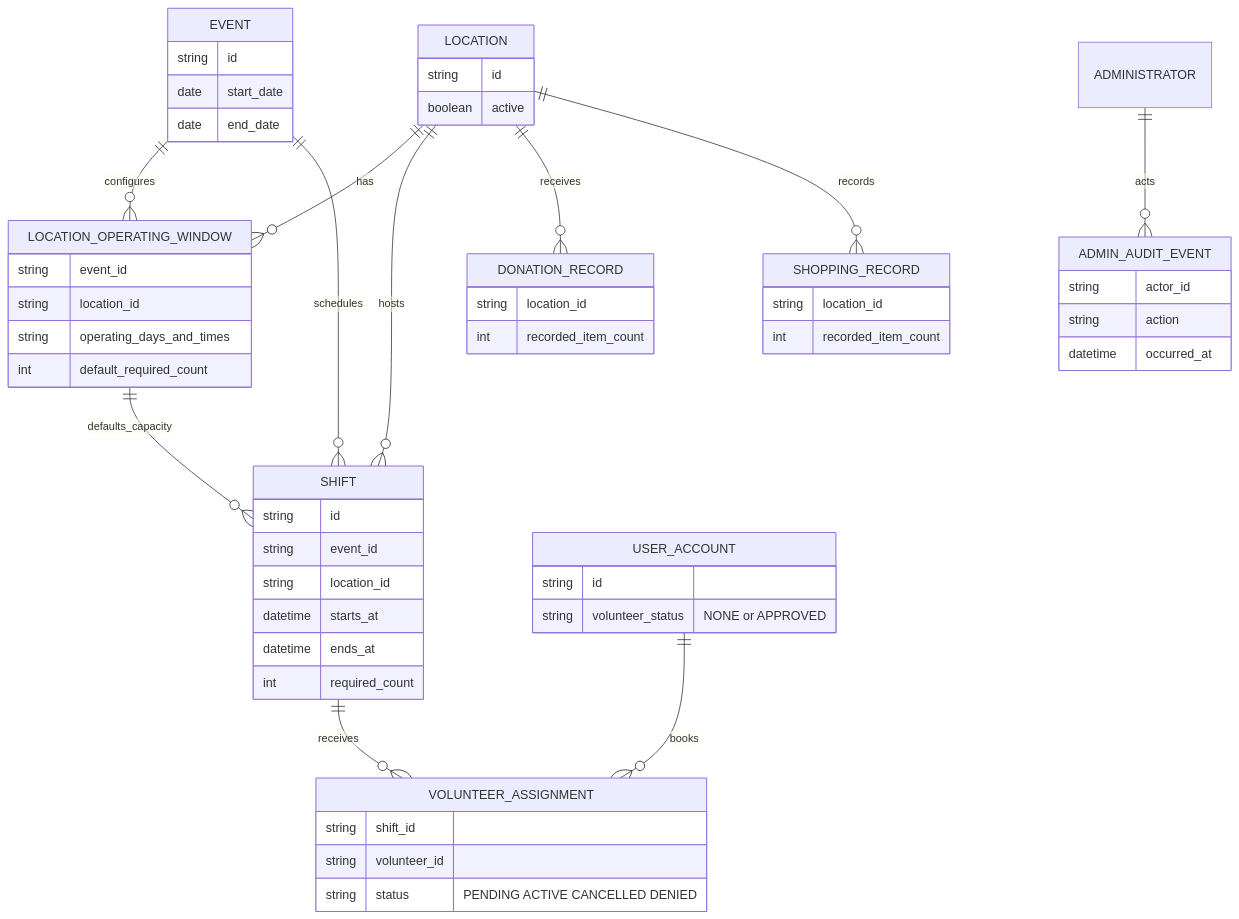
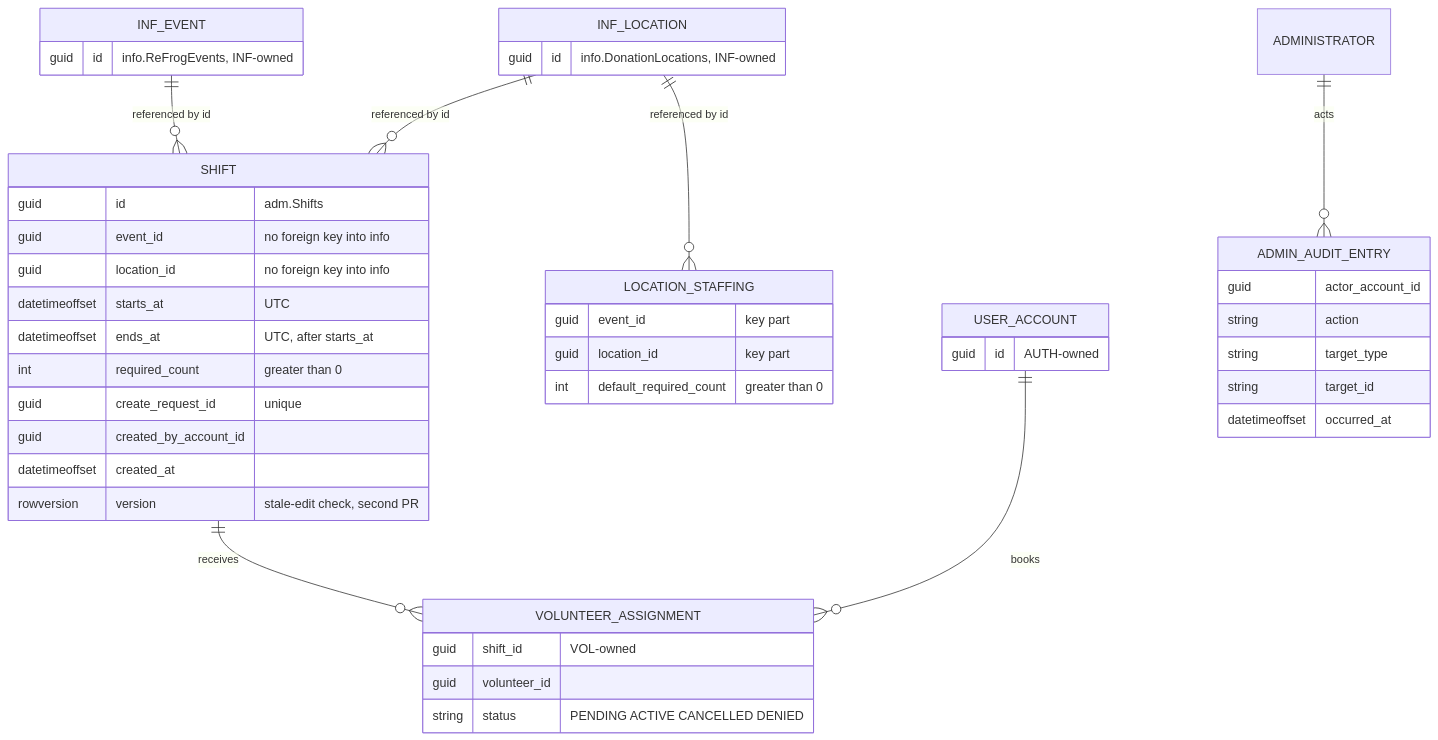
The eighth of 8 diagrams in docs/design/ADM.md (evelyntrann/cosc-40943-team-3-refrog), drawn with Mermaid before and after one commit. The commit also changed other lines of this file, not shown here.

First line of the commit message:
Revise the UC-ADM-manage-shifts design against the current code (#108)

````diff
--- a/docs/design/ADM.md
+++ b/docs/design/ADM.md
@@ -382,58 +455,47 @@
 ```mermaid
 erDiagram
-    EVENT ||--o{ LOCATION_OPERATING_WINDOW : configures
-    LOCATION_OPERATING_WINDOW ||--o{ SHIFT : defaults_capacity
-    LOCATION ||--o{ LOCATION_OPERATING_WINDOW : has
-    EVENT ||--o{ SHIFT : schedules
-    LOCATION ||--o{ SHIFT : hosts
+    INF_EVENT ||--o{ SHIFT : "referenced by id"
+    INF_LOCATION ||--o{ SHIFT : "referenced by id"
+    INF_LOCATION ||--o{ LOCATION_STAFFING : "referenced by id"
     SHIFT ||--o{ VOLUNTEER_ASSIGNMENT : receives
     USER_ACCOUNT ||--o{ VOLUNTEER_ASSIGNMENT : books
-    LOCATION ||--o{ DONATION_RECORD : receives
-    LOCATION ||--o{ SHOPPING_RECORD : records
-    ADMINISTRATOR ||--o{ ADMIN_AUDIT_EVENT : acts
-    EVENT {
-        string id
-        date start_date
-        date end_date
+    ADMINISTRATOR ||--o{ ADMIN_AUDIT_ENTRY : acts
+    INF_EVENT {
+        guid id "info.ReFrogEvents, INF-owned"
     }
-    LOCATION {
-        string id
-        boolean active
-    }
-    LOCATION_OPERATING_WINDOW {
-        string event_id
-        string location_id
-        string operating_days_and_times
-        int default_required_count
+    INF_LOCATION {
+        guid id "info.DonationLocations, INF-owned"
     }
     SHIFT {
-        string id
-        string event_id
-        string location_id
-        datetime starts_at
-        datetime ends_at
-        int required_count
+        guid id "adm.Shifts"
+        guid event_id "no foreign key into info"
+        guid location_id "no foreign key into info"
+        datetimeoffset starts_at "UTC"
+        datetimeoffset ends_at "UTC, after starts_at"
+        int required_count "greater than 0"
+        guid create_request_id "unique"
+        guid created_by_account_id
+        datetimeoffset created_at
+        rowversion version "stale-edit check, second PR"
+    }
+    LOCATION_STAFFING {
+        guid event_id "key part"
+        guid location_id "key part"
+        int default_required_count "greater than 0"
+    }
+    ADMIN_AUDIT_ENTRY {
+        guid actor_account_id
+        string action
+        string target_type
+        string target_id
+        datetimeoffset occurred_at
     }
     VOLUNTEER_ASSIGNMENT {
-        string shift_id
-        string volunteer_id
+        guid shift_id "VOL-owned"
+        guid volunteer_id
         string status "PENDING ACTIVE CANCELLED DENIED"
     }
     USER_ACCOUNT {
-        string id
-        string volunteer_status "NONE or APPROVED"
-    }
-    DONATION_RECORD {
-        string location_id
-        int recorded_item_count
-    }
-    SHOPPING_RECORD {
-        string location_id
-        int recorded_item_count
-    }
-    ADMIN_AUDIT_EVENT {
-        string actor_id
-        string action
-        datetime occurred_at
+        guid id "AUTH-owned"
     }
 ```
````
